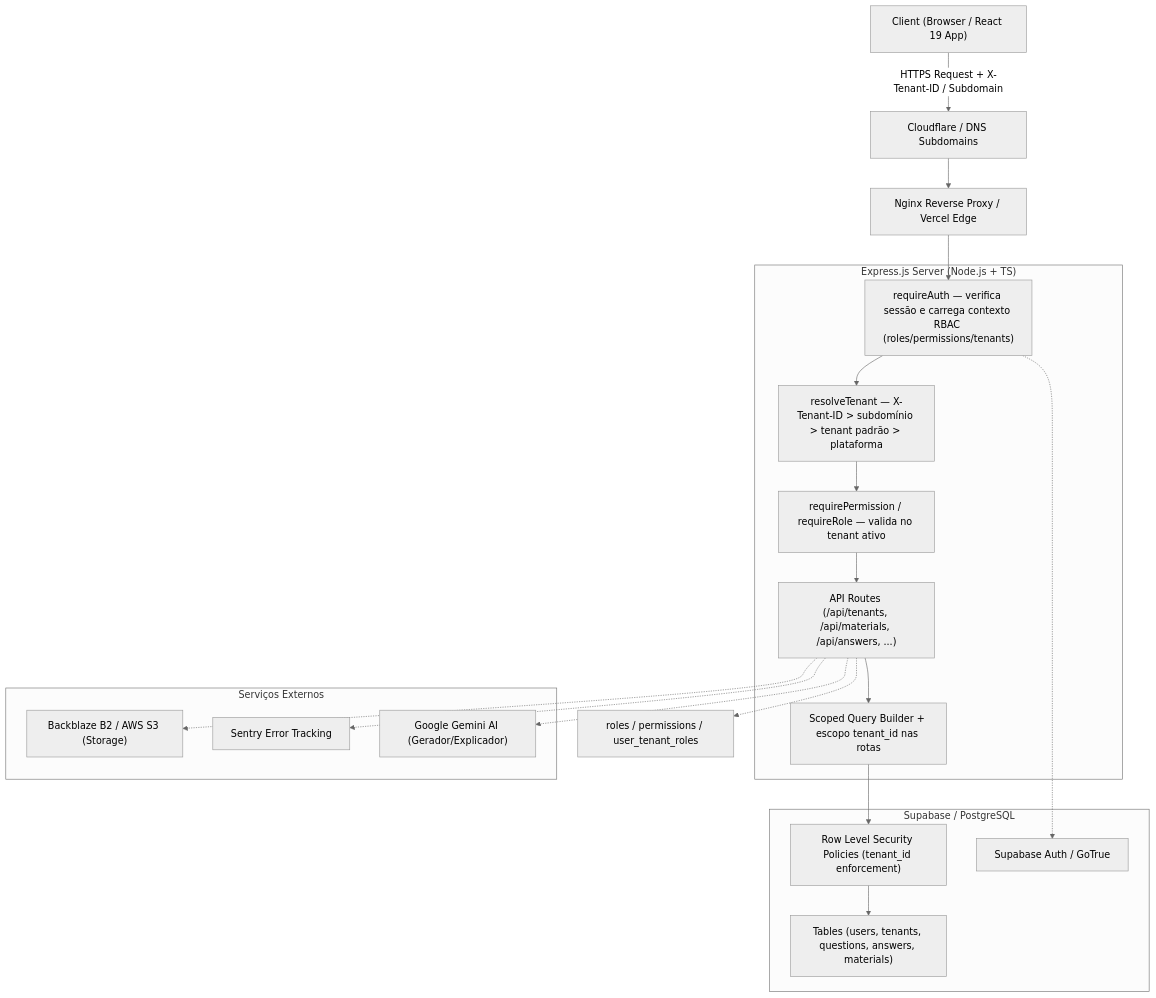
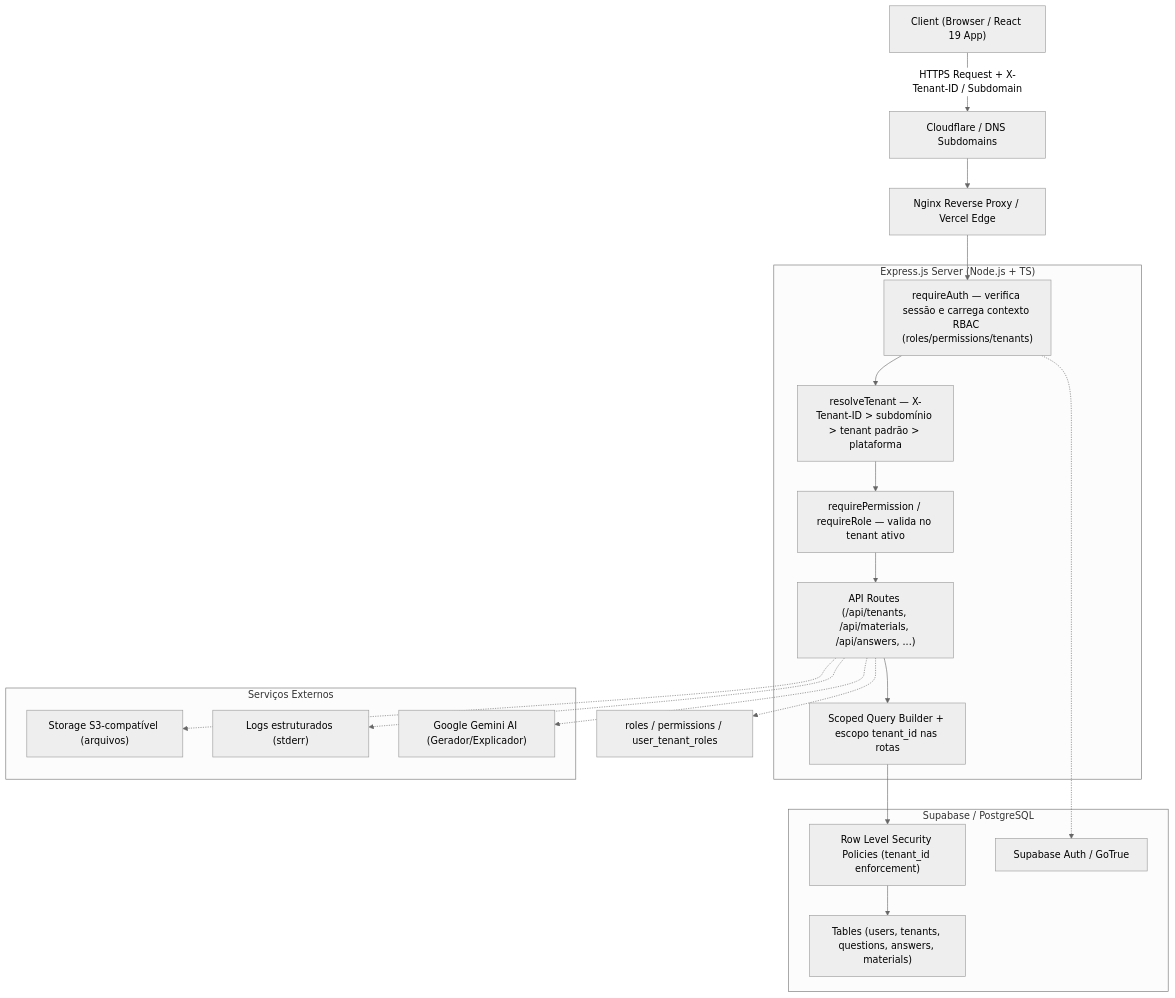
Before and after one commit to luccarellus/nevapro: the second of 7 diagrams in docs/UML.md, drawn with Mermaid (neutral theme). The commit also changed 108 other files, not shown here.

First line of the commit message:
Migração final: externa Express → Laravel + remove Sentry/Backblaze

````diff
--- a/docs/UML.md
+++ b/docs/UML.md
@@ -139,41 +139,41 @@
 ```mermaid
 graph TD
     Client["Client (Browser / React 19 App)"]
     DNS["Cloudflare / DNS Subdomains"]
     Nginx["Nginx Reverse Proxy / Vercel Edge"]
     
     subgraph Express_Backend["Express.js Server (Node.js + TS)"]
         AuthMW["requireAuth — verifica sessão e carrega contexto RBAC (roles/permissions/tenants)"]
         TenantMW["resolveTenant — X-Tenant-ID > subdomínio > tenant padrão > plataforma"]
         RBACMW["requirePermission / requireRole — valida no tenant ativo"]
         DBQueryBuilder["Scoped Query Builder + escopo tenant_id nas rotas"]
         Routes["API Routes (/api/tenants, /api/materials, /api/answers, ...)"]
     end
     
     subgraph Database_Layer["Supabase / PostgreSQL"]
         RLS["Row Level Security Policies (tenant_id enforcement)"]
         Tables["Tables (users, tenants, questions, answers, materials)"]
         AuthSupabase["Supabase Auth / GoTrue"]
     end
 
     subgraph External_Services["Serviços Externos"]
-        S3["Backblaze B2 / AWS S3 (Storage)"]
-        Sentry["Sentry Error Tracking"]
+        S3["Storage S3-compatível (arquivos)"]
+        Logs["Logs estruturados (stderr)"]
         Gemini["Google Gemini AI (Gerador/Explicador)"]
     end
 
     Client -->|HTTPS Request + X-Tenant-ID / Subdomain| DNS
     DNS --> Nginx
     Nginx --> AuthMW
     AuthMW --> TenantMW
     TenantMW --> RBACMW
     RBACMW --> Routes
     Routes --> DBQueryBuilder
     DBQueryBuilder --> RLS
     RLS --> Tables
     AuthMW -.-> AuthSupabase
     Routes -.-> S3
-    Routes -.-> Sentry
+    Routes -.-> Logs
     Routes -.-> Gemini
     Routes -.-> RBAC_Tables["roles / permissions / user_tenant_roles"]
 ```
````
